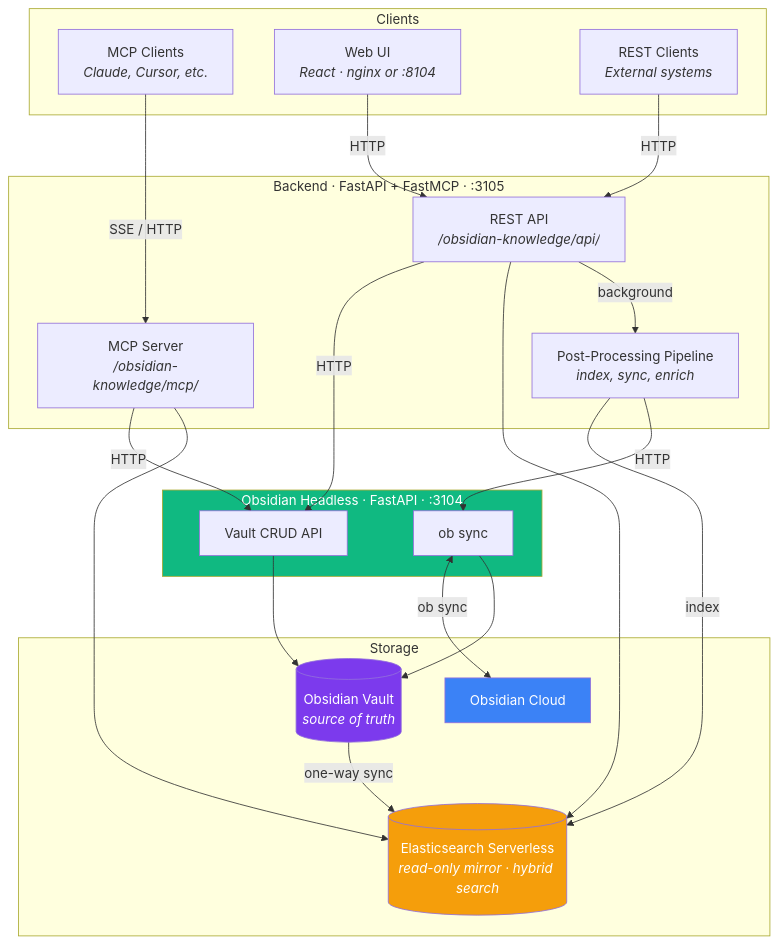
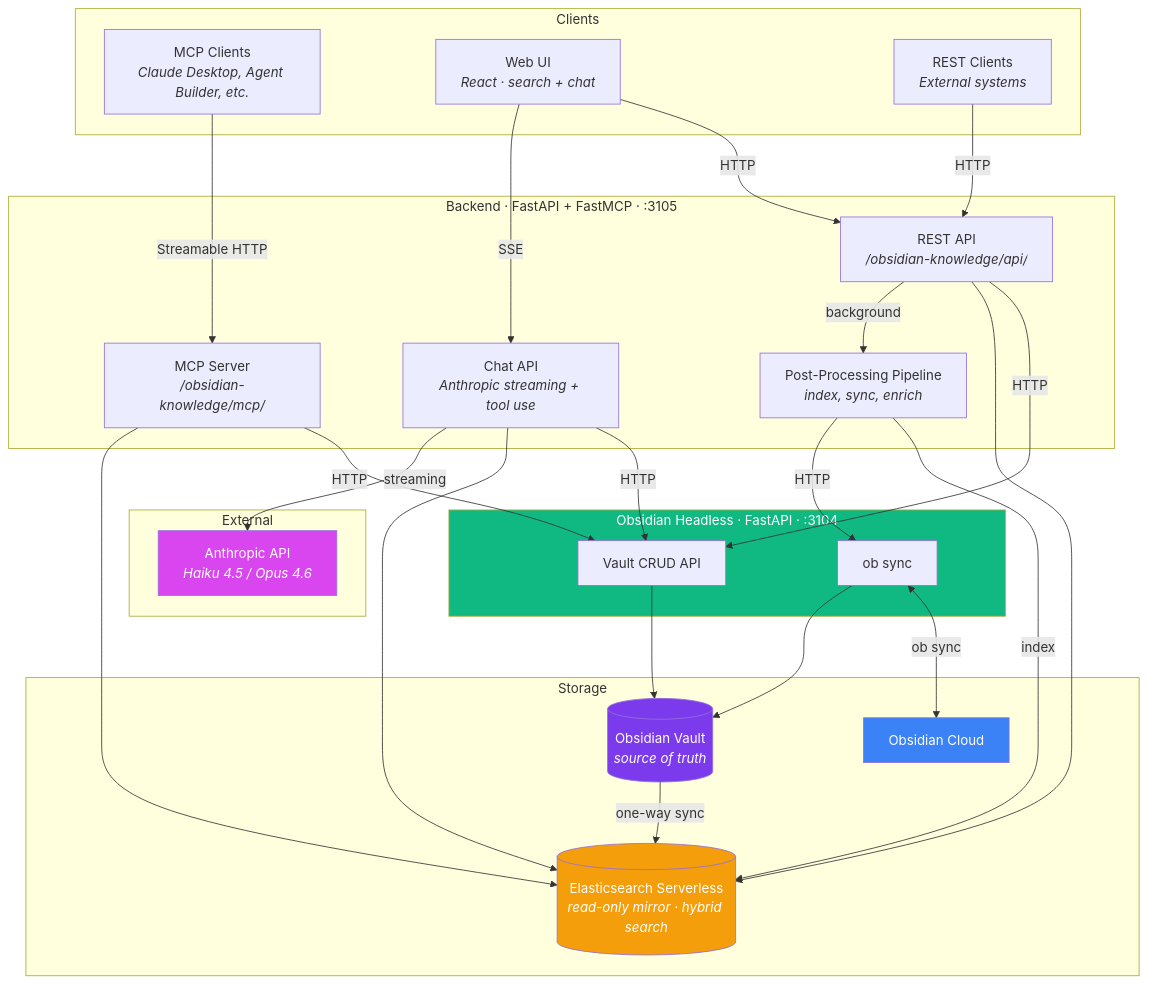
Before and after one commit to derickson/obsidian-knowledge: the diagram in README.md, drawn with Mermaid. The commit also changed other lines of this file and 1 other file, not shown here.

````diff
--- a/README.md
+++ b/README.md
@@ -7,49 +7,59 @@
 ```mermaid
 graph TD
     subgraph Clients
-        MCP[MCP Clients<br><i>Claude, Cursor, etc.</i>]
-        UI[Web UI<br><i>React · nginx or :8104</i>]
+        MCP[MCP Clients<br><i>Claude Desktop, Agent Builder, etc.</i>]
+        UI[Web UI<br><i>React · search + chat</i>]
         REST[REST Clients<br><i>External systems</i>]
     end
 
     subgraph Backend["Backend · FastAPI + FastMCP · :3105"]
         API[REST API<br><i>/obsidian-knowledge/api/</i>]
         MCPS[MCP Server<br><i>/obsidian-knowledge/mcp/</i>]
+        Chat[Chat API<br><i>Anthropic streaming + tool use</i>]
         Pipeline[Post-Processing Pipeline<br><i>index, sync, enrich</i>]
     end
 
     subgraph Headless["Obsidian Headless · FastAPI · :3104"]
         VaultAPI[Vault CRUD API]
         Sync[ob sync]
     end
 
     subgraph Storage
         Vault[(Obsidian Vault<br><i>source of truth</i>)]
         ES[(Elasticsearch Serverless<br><i>read-only mirror · hybrid search</i>)]
         Cloud[Obsidian Cloud]
     end
 
-    MCP -->|SSE / HTTP| MCPS
+    subgraph External
+        Anthropic[Anthropic API<br><i>Haiku 4.5 / Opus 4.6</i>]
+    end
+
+    MCP -->|Streamable HTTP| MCPS
     UI -->|HTTP| API
+    UI -->|SSE| Chat
     REST -->|HTTP| API
 
     API -->|HTTP| VaultAPI
     MCPS -->|HTTP| VaultAPI
+    Chat -->|HTTP| VaultAPI
     API --> ES
     MCPS --> ES
+    Chat --> ES
+    Chat -->|streaming| Anthropic
 
     API -->|background| Pipeline
     Pipeline -->|index| ES
     Pipeline -->|HTTP| Sync
 
     VaultAPI --> Vault
     Sync <-->|ob sync| Cloud
     Sync --> Vault
 
     Vault -->|one-way sync| ES
 
     style Vault fill:#7c3aed,color:#fff
     style ES fill:#f59e0b,color:#fff
     style Cloud fill:#3b82f6,color:#fff
     style Headless fill:#10b981,color:#fff
+    style Anthropic fill:#d946ef,color:#fff
 ```
````
